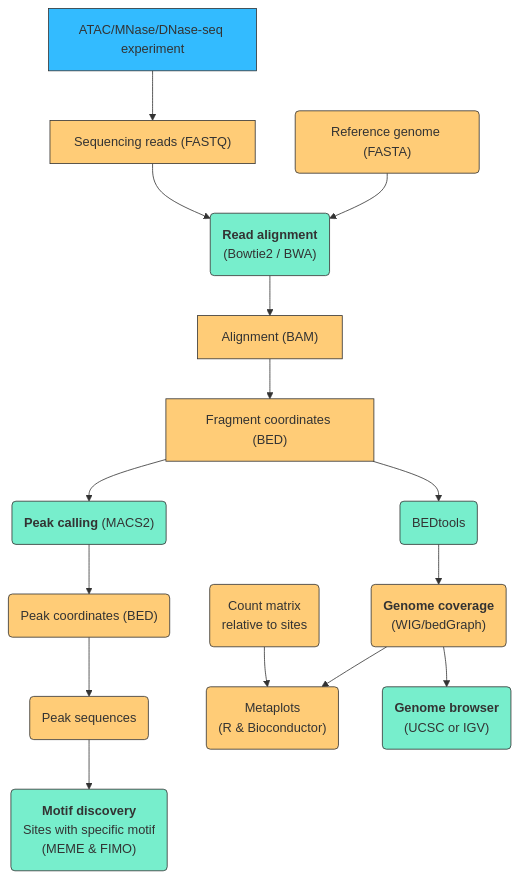
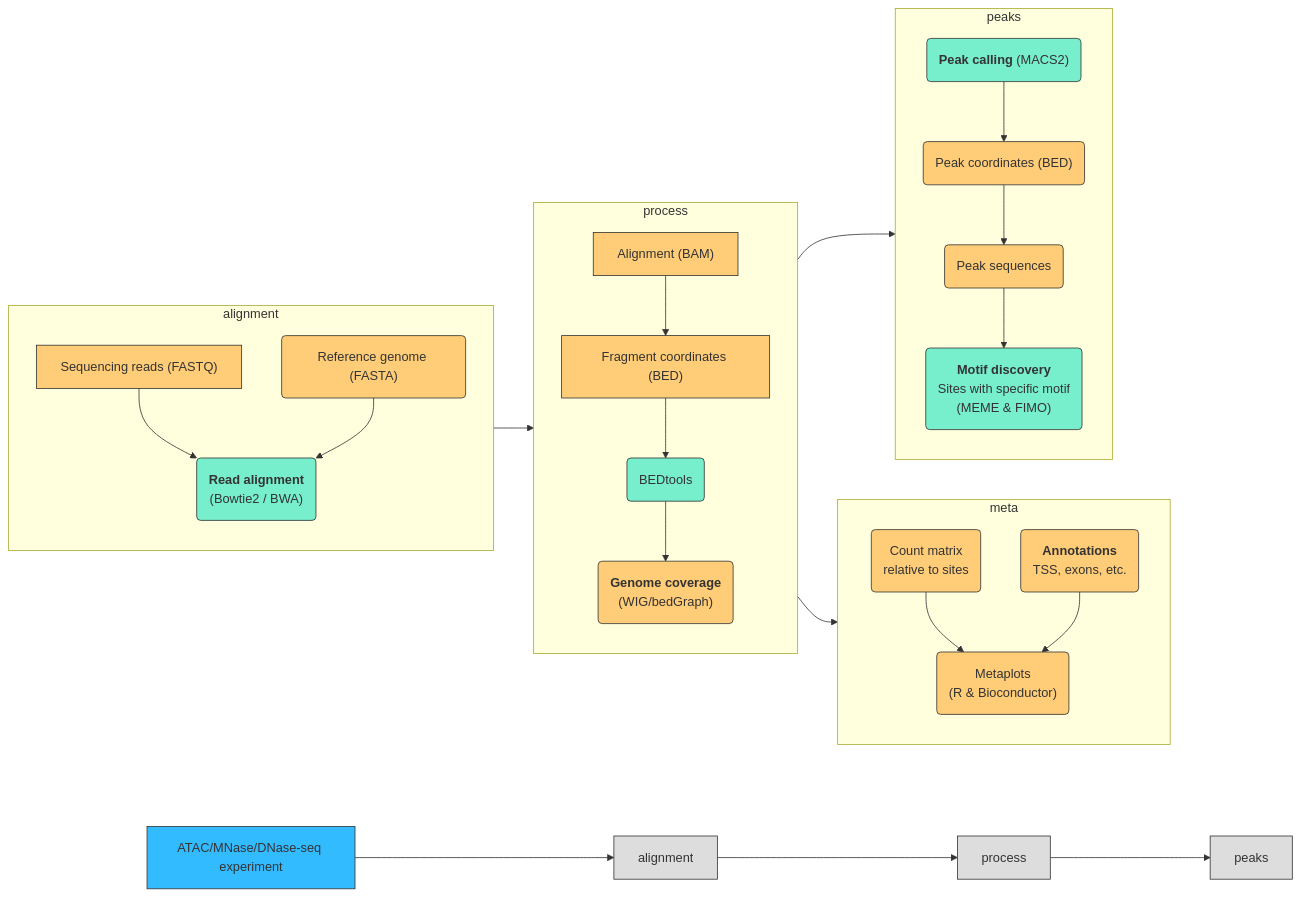
One commit to rnabioco/molb-7950 changed the diagram in slides/slides-16.qmd. Above: the diagram before and after it, drawn with Mermaid. The commit also changed other lines of this file and 4 other files, not shown here.

````diff
--- a/slides/slides-16.qmd
+++ b/slides/slides-16.qmd
@@ -74,59 +79,77 @@
 ```{mermaid}
 %%{init: {"flowchart": { "useMaxWidth": true, "htmlLabels": false}} }%%
-flowchart TB
+flowchart LR
 
   EXP[ATAC/MNase/DNase-seq experiment]:::exp
   
   %% files %%
   FQ["Sequencing reads (FASTQ)"]:::file
   FAREF("Reference genome (FASTA)"):::file
   BAM["Alignment (BAM)"]:::file 
   BEDFRAG["Fragment coordinates (BED)"]:::file
   BEDPEAK("Peak coordinates (BED)"):::file
   FAPEAK("Peak sequences"):::file
   WIG("`**Genome coverage**
   (WIG/bedGraph)`"):::file
   META("`Metaplots
   (R & Bioconductor)`"):::file
   MTX("`Count matrix
   relative to sites`"):::file
+  ANN("`**Annotations**
+  TSS, exons, etc.`"):::file
  
   %% software %% 
   ALN("`**Read alignment**
   (Bowtie2 / BWA)`"):::sw
   PEAKCALL("`**Peak calling** (MACS2)`"):::sw
   MOTIFS("` **Motif discovery**
   Sites with specific motif
   (MEME & FIMO)`"):::sw
   BEDTOOLS("`BEDtools`"):::sw
-  BROWSE("`**Genome browser**
-  (UCSC or IGV)`"):::sw
+  %% BROWSE("`**Genome browser** %%
+  %% (UCSC or IGV)`"):::sw %%
+ 
+  %% alignment %% 
+  subgraph Sequence Alignment [alignment]
+    direction TB
+    FQ --> ALN
+    FAREF --> ALN
+  end
   
-  EXP --> FQ
-  FQ --> ALN
-  FAREF --> ALN
-  ALN --> BAM
-  BAM --> BEDFRAG
-  %% genome browser %%
-  BEDFRAG --> BEDTOOLS --> WIG
-  WIG --> BROWSE
-  MTX --> META
-  WIG --> META
-  %% peak calling %%
-  BEDFRAG --> PEAKCALL
-  PEAKCALL --> BEDPEAK
-  BEDPEAK --> FAPEAK
-  FAPEAK --> MOTIFS 
+  subgraph Process Alignment [process]
+    direction TB
+    ALN --> BAM
+    BAM --> BEDFRAG
+    BEDFRAG --> BEDTOOLS --> WIG
+  end
+  
+  subgraph Meta-Analysis [meta]
+    direction TB
+    %% WIG --> BROWSE %%
+    MTX --> META
+    WIG --> META
+    ANN --> META
+  end
+ 
+  subgraph Call Peaks [peaks]
+    direction TB
+    BEDFRAG --> PEAKCALL
+    PEAKCALL --> BEDPEAK
+    BEDPEAK --> FAPEAK
+    FAPEAK --> MOTIFS 
+  end
 
+  EXP --> alignment --> process --> peaks 
+  
   click WIG href "https://genome.ucsc.edu/goldenPath/help/bedgraph.html"
   click BROWSE href "https://software.broadinstitute.org/software/igv/"
   click ALN href "https://bowtie-bio.sourceforge.net/bowtie2/manual.shtml"
   click BEDTOOLS href "https://bedtools.readthedocs.io/en/latest/"
   click PEAKCALL href "https://macs3-project.github.io/MACS/"
   click MOTIFS href "https://meme-suite.org/meme/"
   
   classDef default fill:#ddd,stroke:#333,stroke-width:1px;
   classDef exp fill:#3bf
   classDef file fill:#fc7
   classDef sw fill:#7ec
 ```
````
